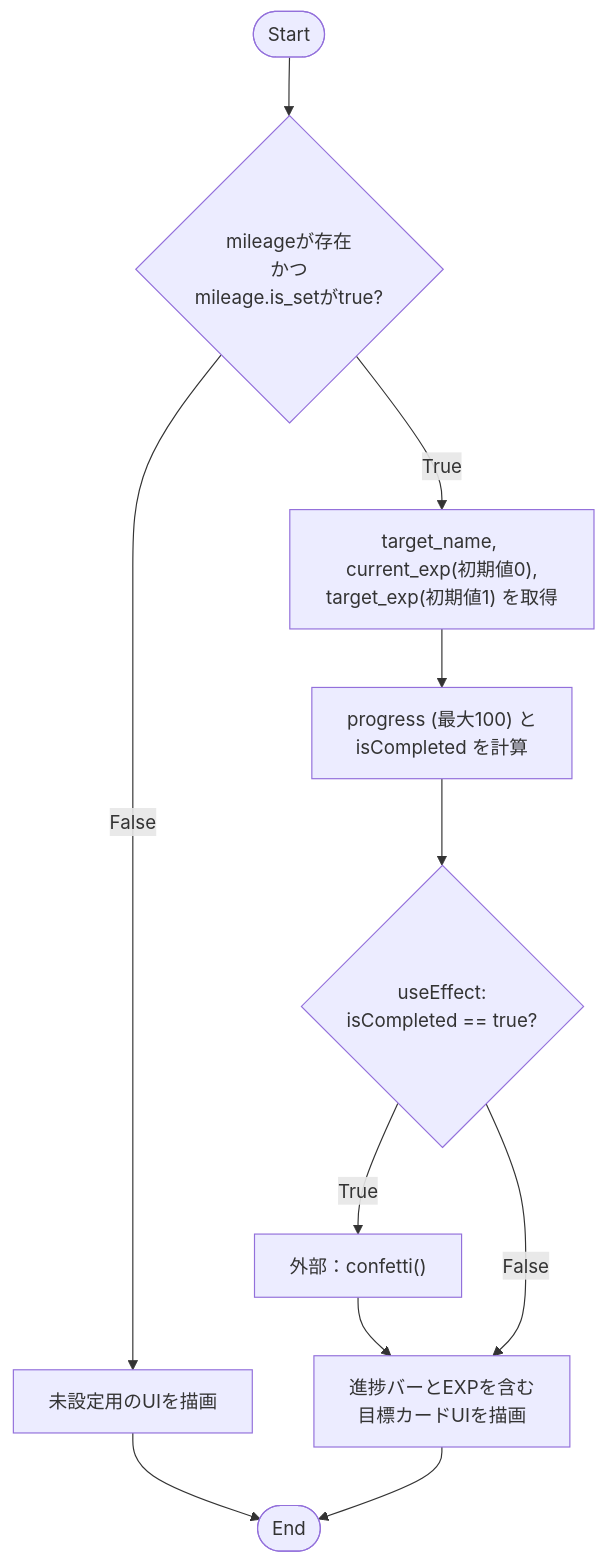
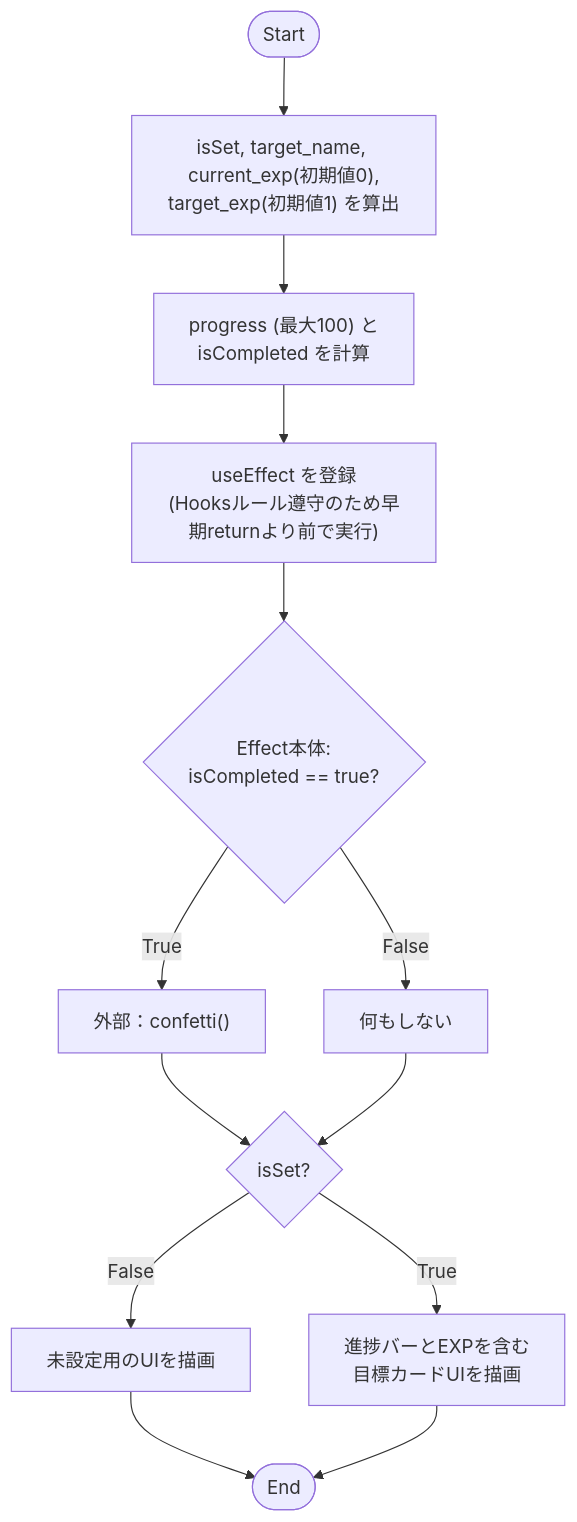
Before and after one commit to mmtigers/my_python_project: the first of 2 diagrams in docs/specifications/family-quest/src/features/family/components/FamilyMileageCard.md, drawn with Mermaid. The commit also changed other lines of this file and 47 other files, not shown here.

````diff
--- a/docs/specifications/family-quest/src/features/family/components/FamilyMileageCard.md
+++ b/docs/specifications/family-quest/src/features/family/components/FamilyMileageCard.md
@@ -58,18 +58,19 @@
 ```mermaid
 flowchart TD
-    Start([Start]) --> CheckMileage{"mileageが存在<br>かつ<br>mileage.is_setがtrue?"}
-    
-    CheckMileage -- False --> RenderUnset["未設定用のUIを描画"]
+    Start([Start]) --> Destructure["isSet, target_name, current_exp(初期値0),<br>target_exp(初期値1) を算出"]
+    Destructure --> CalcProgress["progress (最大100) と<br>isCompleted を計算"]
+    CalcProgress --> RegisterEffect["useEffect を登録<br>(Hooksルール遵守のため早期returnより前で実行)"]
+    RegisterEffect --> Effect{"Effect本体:<br>isCompleted == true?"}
+    Effect -- True --> ExecConfetti["外部：confetti()"]
+    Effect -- False --> SkipConfetti["何もしない"]
+
+    ExecConfetti --> CheckSet{"isSet?"}
+    SkipConfetti --> CheckSet
+
+    CheckSet -- False --> RenderUnset["未設定用のUIを描画"]
     RenderUnset --> End([End])
-    
-    CheckMileage -- True --> Destructure["target_name, current_exp(初期値0),<br>target_exp(初期値1) を取得"]
-    Destructure --> CalcProgress["progress (最大100) と<br>isCompleted を計算"]
-    CalcProgress --> Effect{"useEffect:<br>isCompleted == true?"}
-    
-    Effect -- True --> ExecConfetti["外部：confetti()"]
-    ExecConfetti --> RenderCard["進捗バーとEXPを含む<br>目標カードUIを描画"]
-    
-    Effect -- False --> RenderCard
+
+    CheckSet -- True --> RenderCard["進捗バーとEXPを含む<br>目標カードUIを描画"]
     RenderCard --> End
 
 ```
````
